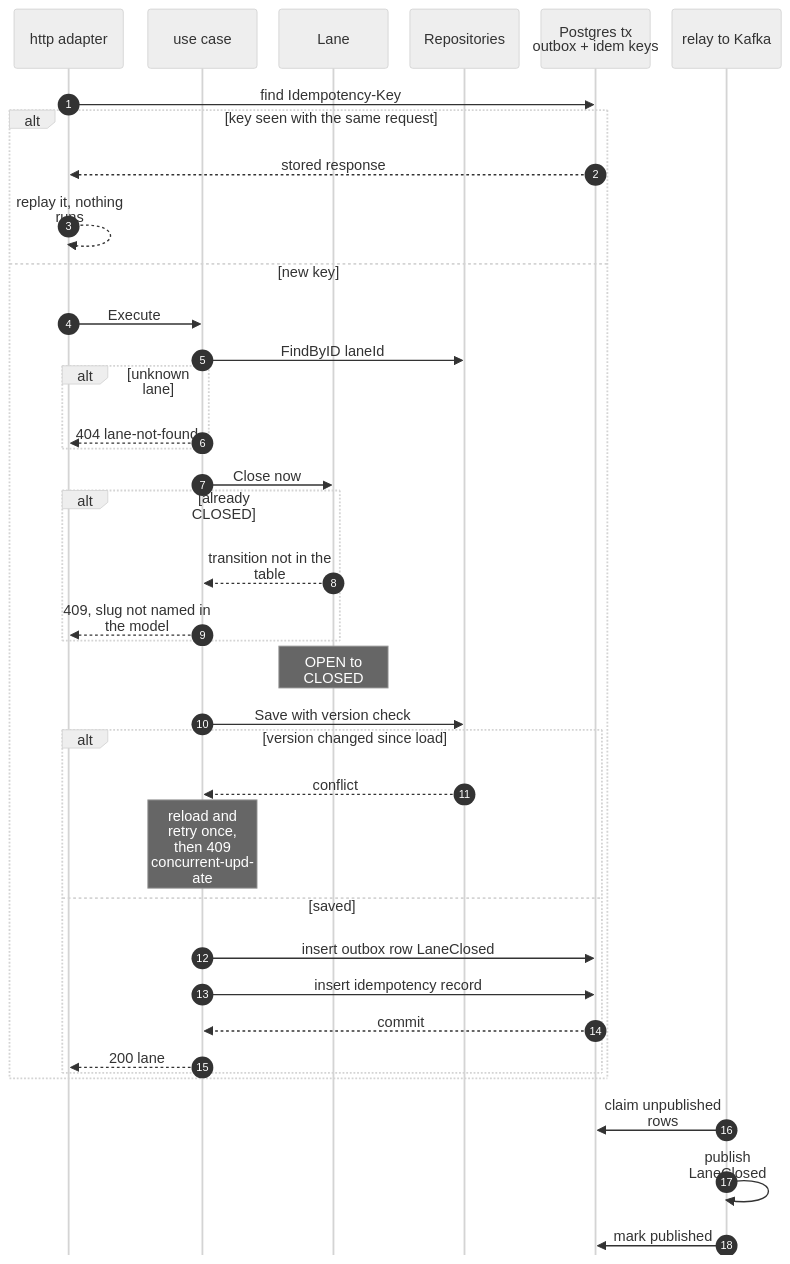
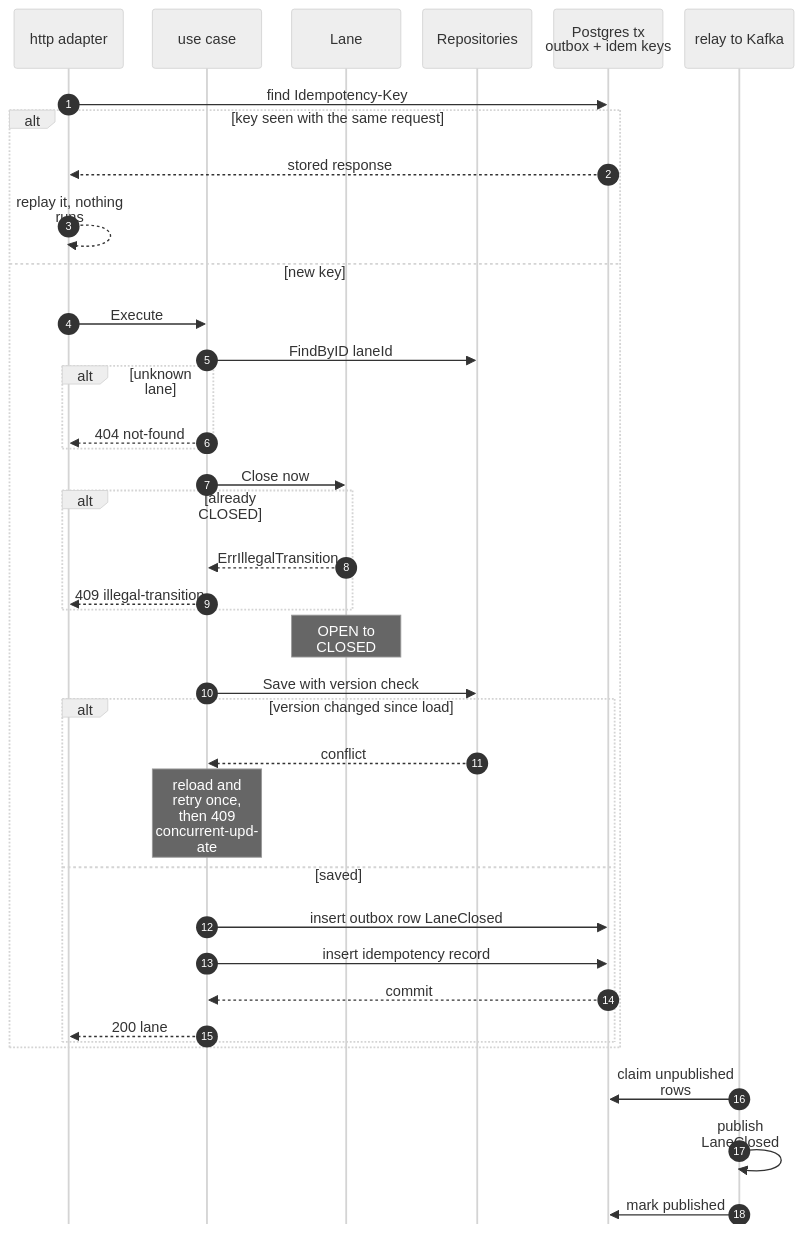
One commit to IQVO/warehouse-docs changed the seventh of 9 diagrams in network/docs/contexts/node-topology/sequence-diagrams.md. Above: the diagram before and after it, drawn with Mermaid (neutral theme). The commit also changed other lines of this file and 125 other files, not shown here.

````diff
--- a/network/docs/contexts/node-topology/sequence-diagrams.md
+++ b/network/docs/contexts/node-topology/sequence-diagrams.md
@@ -349,41 +362,41 @@
 ```mermaid
 %%{init: {"sequence": {"wrap": true, "width": 120, "actorMargin": 24, "messageMargin": 28, "boxMargin": 6, "noteMargin": 6, "mirrorActors": false}}}%%
 sequenceDiagram
     autonumber
     participant H as http adapter
     participant UC as use case
     participant A as Lane
     participant R as Repositories
     participant TX as Postgres tx<br/>outbox + idem keys
     participant K as relay to Kafka
     H->>TX: find Idempotency-Key
     alt key seen with the same request
         TX-->>H: stored response
         H-->>H: replay it, nothing runs
     else new key
         H->>UC: Execute
         UC->>R: FindByID laneId
         alt unknown lane
-            UC-->>H: 404 lane-not-found
+            UC-->>H: 404 not-found
         end
         UC->>A: Close now
         alt already CLOSED
-            A-->>UC: transition not in the table
-            UC-->>H: 409, slug not named in the model
+            A-->>UC: ErrIllegalTransition
+            UC-->>H: 409 illegal-transition
         end
         Note over A: OPEN to CLOSED
         UC->>R: Save with version check
         alt version changed since load
             R-->>UC: conflict
             Note over UC: reload and retry once, then 409 concurrent-update
         else saved
             UC->>TX: insert outbox row LaneClosed
             UC->>TX: insert idempotency record
             TX-->>UC: commit
             UC-->>H: 200 lane
         end
     end
     K->>TX: claim unpublished rows
     K->>K: publish LaneClosed
     K->>TX: mark published
 ```
````
